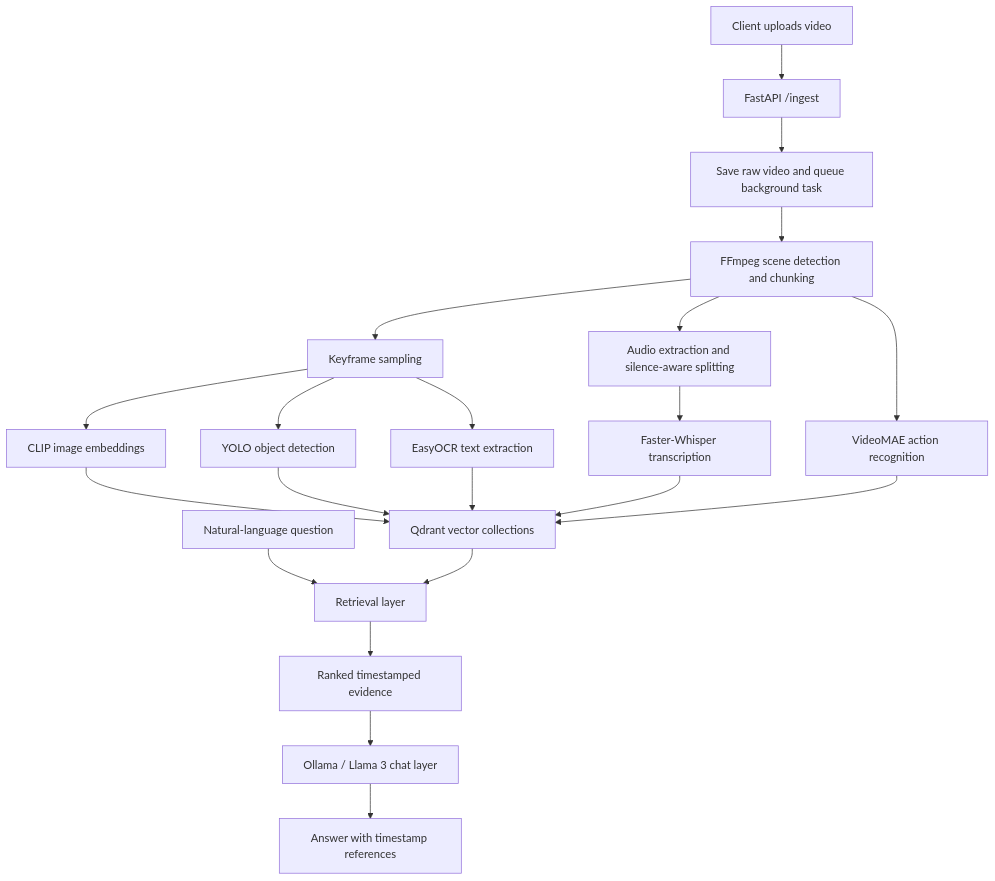
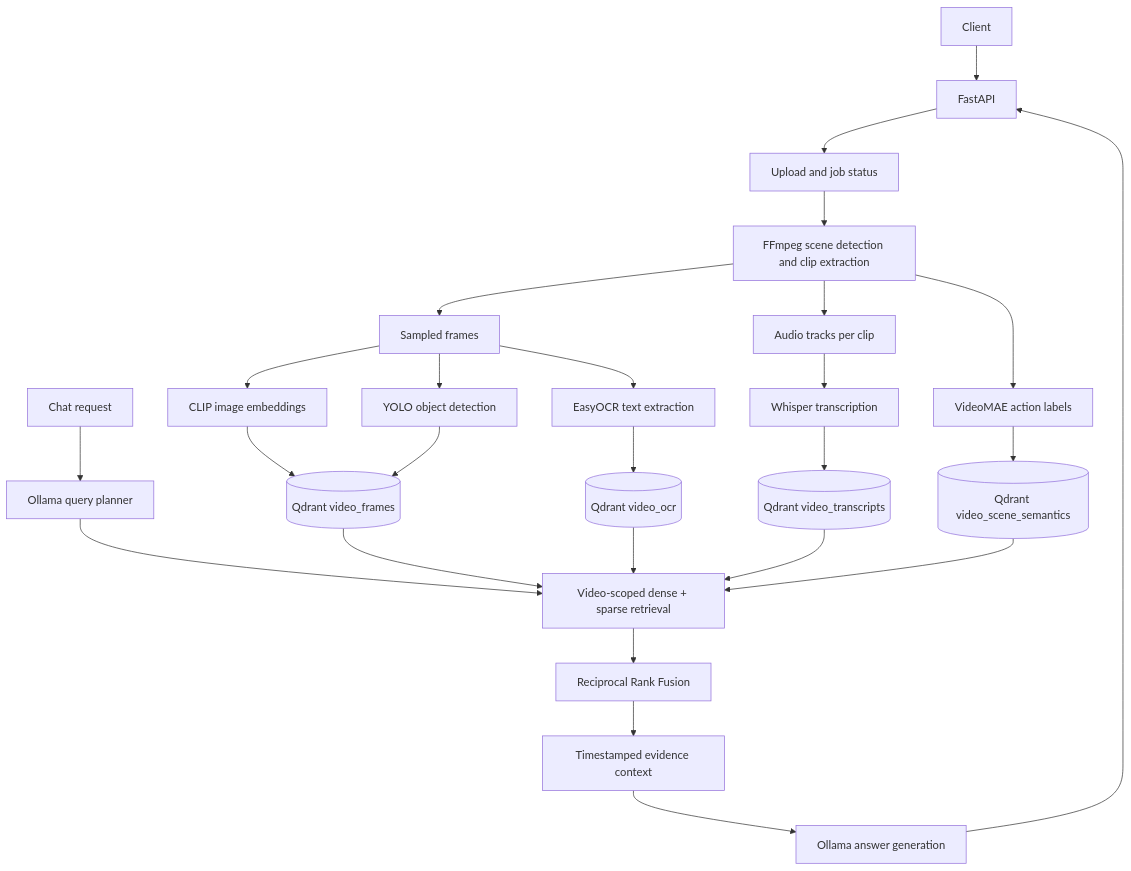
Before and after one commit to Anaskhoursa/Multimodal-Video-Search-Agentic-Retrieval-Engine: the diagram in README.md, drawn with Mermaid. The commit also changed other lines of this file and 37 other files, not shown here.

````diff
--- a/README.md
+++ b/README.md
@@ -55,23 +40,28 @@
 ```mermaid
 flowchart TD
-    A[Client uploads video] --> B[FastAPI /ingest]
-    B --> C[Save raw video and queue background task]
-    C --> D[FFmpeg scene detection and chunking]
-    D --> E[Keyframe sampling]
-    D --> F[Audio extraction and silence-aware splitting]
-    E --> G[CLIP image embeddings]
-    E --> H[YOLO object detection]
-    E --> I[EasyOCR text extraction]
-    F --> J[Faster-Whisper transcription]
-    D --> K[VideoMAE action recognition]
-    G --> L[Qdrant vector collections]
-    H --> L
-    I --> L
-    J --> L
-    K --> L
-    M[Natural-language question] --> N[Retrieval layer]
-    L --> N
-    N --> O[Ranked timestamped evidence]
-    O --> P[Ollama / Llama 3 chat layer]
-    P --> Q[Answer with timestamp references]
+    U[Client] --> API[FastAPI]
+    API --> UP[Upload and job status]
+    UP --> FF[FFmpeg scene detection and clip extraction]
+    FF --> FR[Sampled frames]
+    FF --> AU[Audio tracks per clip]
+    FR --> CLIP[CLIP image embeddings]
+    FR --> YOLO[YOLO object detection]
+    FR --> OCR[EasyOCR text extraction]
+    AU --> WH[Whisper transcription]
+    CLIP --> QF[(Qdrant video_frames)]
+    YOLO --> QF
+    OCR --> QO[(Qdrant video_ocr)]
+    WH --> QT[(Qdrant video_transcripts)]
+    FF --> VM[VideoMAE action labels]
+    VM --> QS[(Qdrant video_scene_semantics)]
+    C[Chat request] --> PLAN[Ollama query planner]
+    PLAN --> RET[Video-scoped dense + sparse retrieval]
+    QF --> RET
+    QO --> RET
+    QT --> RET
+    QS --> RET
+    RET --> RRF[Reciprocal Rank Fusion]
+    RRF --> CTX[Timestamped evidence context]
+    CTX --> LLM[Ollama answer generation]
+    LLM --> API
 ```
````
